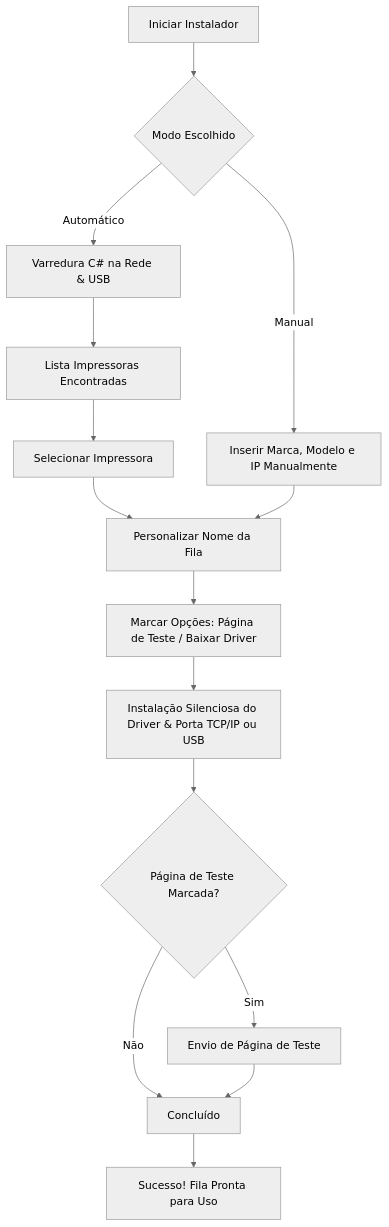
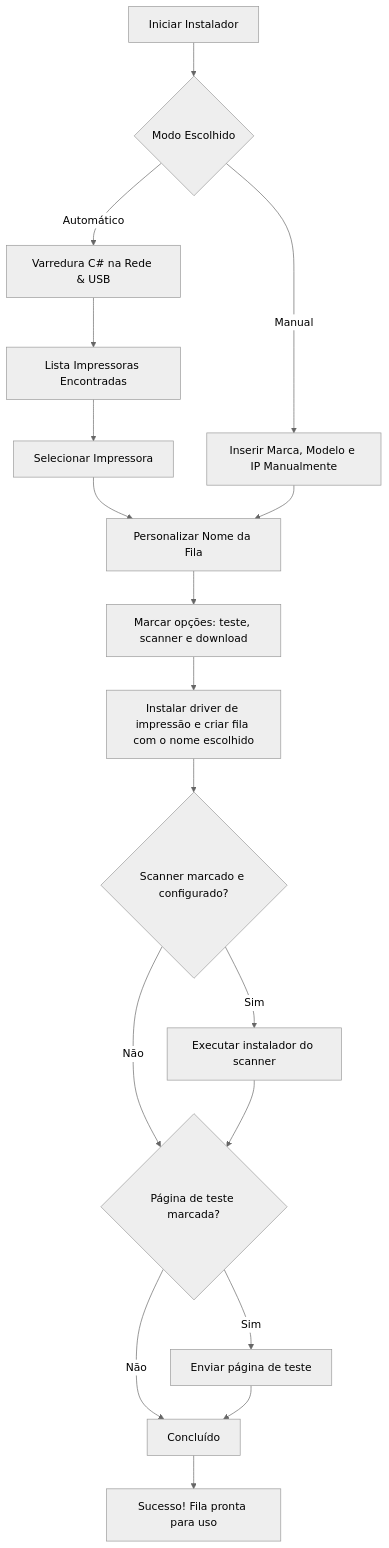
Before and after one commit to joaopedropenna/ImpressorasIT: the diagram in README.md, drawn with Mermaid (neutral theme). The commit also changed other lines of this file and 222 other files, not shown here.

````diff
--- a/README.md
+++ b/README.md
@@ -76,21 +77,24 @@
 ```mermaid
 flowchart TD
     A[Iniciar Instalador] --> B{Modo Escolhido}
     
     B -->|Automático| C[Varredura C# na Rede & USB]
     C --> D[Lista Impressoras Encontradas]
     D --> E[Selecionar Impressora]
     
     B -->|Manual| F[Inserir Marca, Modelo e IP Manualmente]
     
     E --> G[Personalizar Nome da Fila]
     F --> G
     
-    G --> H[Marcar Opções: Página de Teste / Baixar Driver]
-    H --> I[Instalação Silenciosa do Driver & Porta TCP/IP ou USB]
-    I --> J{Página de Teste Marcada?}
-    J -->|Sim| K[Envio de Página de Teste]
+    G --> H[Marcar opções: teste, scanner e download]
+    H --> I[Instalar driver de impressão e criar fila com o nome escolhido]
+    I --> S{Scanner marcado e configurado?}
+    S -->|Sim| T[Executar instalador do scanner]
+    S -->|Não| J{Página de teste marcada?}
+    T --> J
+    J -->|Sim| K[Enviar página de teste]
     J -->|Não| L[Concluído]
     K --> L
-    L --> M[Sucesso! Fila Pronta para Uso]
+    L --> M[Sucesso! Fila pronta para uso]
 ```
````
